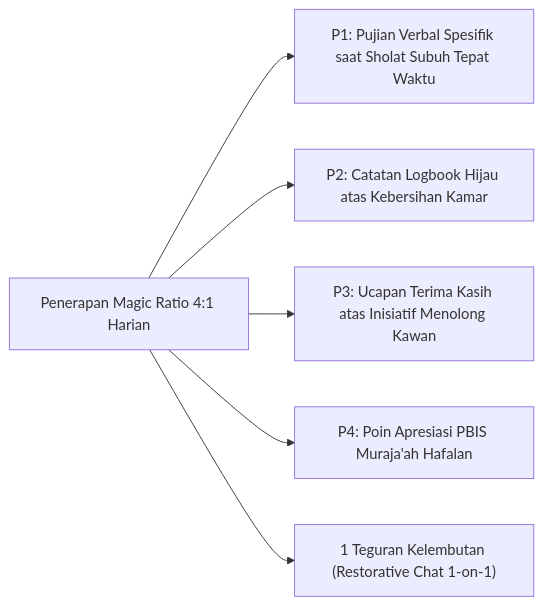
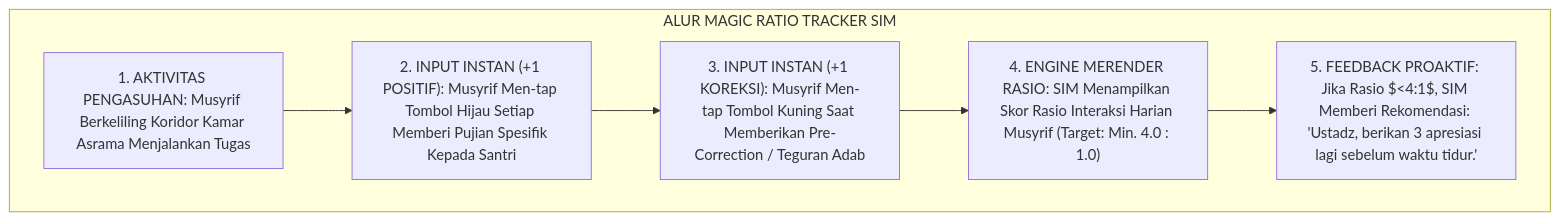
The fourth of 5 diagrams in 06 Intervention Framework/08 Reinforcement/P6-08-01-Operasionalisasi-Magic-Ratio-4-1-dalam-Pengasuhan.md (wandiapriliyandi/tumbuh), drawn with Mermaid before and after one commit. The commit also changed other lines of this file and 5 other files, not shown here.

````diff
--- a/06 Intervention Framework/08 Reinforcement/P6-08-01-Operasionalisasi-Magic-Ratio-4-1-dalam-Pengasuhan.md
+++ b/06 Intervention Framework/08 Reinforcement/P6-08-01-Operasionalisasi-Magic-Ratio-4-1-dalam-Pengasuhan.md
@@ -14,9 +115,12 @@
 ```mermaid
-graph LR
-    RatioModel["Penerapan Magic Ratio 4:1 Harian"]
-    RatioModel --> P1["P1: Pujian Verbal Spesifik saat Sholat Subuh Tepat Waktu"]
-    RatioModel --> P2["P2: Catatan Logbook Hijau atas Kebersihan Kamar"]
-    RatioModel --> P3["P3: Ucapan Terima Kasih atas Inisiatif Menolong Kawan"]
-    RatioModel --> P4["P4: Poin Apresiasi PBIS Muraja'ah Hafalan"]
-    RatioModel --> C1["1 Teguran Kelembutan (Restorative Chat 1-on-1)"]
+flowchart TD
+    subgraph AlurTrackerMagicRatioSIM["ALUR MAGIC RATIO TRACKER SIM"]
+        MusyrifBerinteraksiDiAsrama["1. AKTIVITAS PENGASUHAN: Musyrif Berkeliling Koridor Kamar Asrama Menjalankan Tugas"]
+        TapTombolHijauApresiasi["2. INPUT INSTAN (+1 POSITIF): Musyrif Men-tap Tombol Hijau Setiap Memberi Pujian Spesifik Kepada Santri"]
+        TapTombolKuningKoreksi["3. INPUT INSTAN (+1 KOREKSI): Musyrif Men-tap Tombol Kuning Saat Memberikan Pre-Correction / Teguran Adab"]
+        KalkulasiRasioRealTime["4. ENGINE MERENDER RASIO: SIM Menampilkan Skor Rasio Interaksi Harian Musyrif (Target: Min. 4.0 : 1.0)"]
+        NotifikasiAlertPengasuh["5. FEEDBACK PROAKTIF: Jika Rasio $<4:1$, SIM Memberi Rekomendasi: 'Ustadz, berikan 3 apresiasi lagi sebelum waktu tidur.'"]
+        
+        MusyrifBerinteraksiDiAsrama --> TapTombolHijauApresiasi --> TapTombolKuningKoreksi --> KalkulasiRasioRealTime --> NotifikasiAlertPengasuh
+    end
 ```
````
